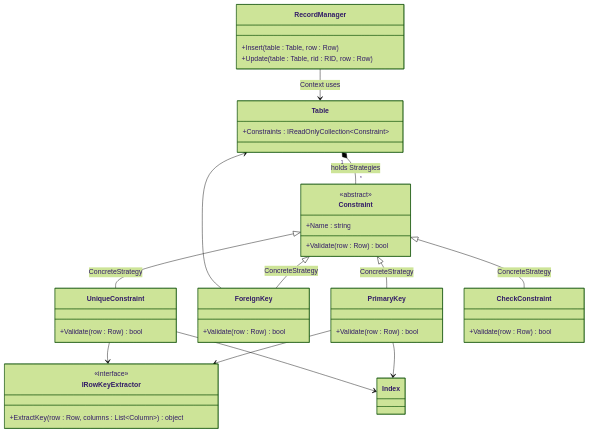
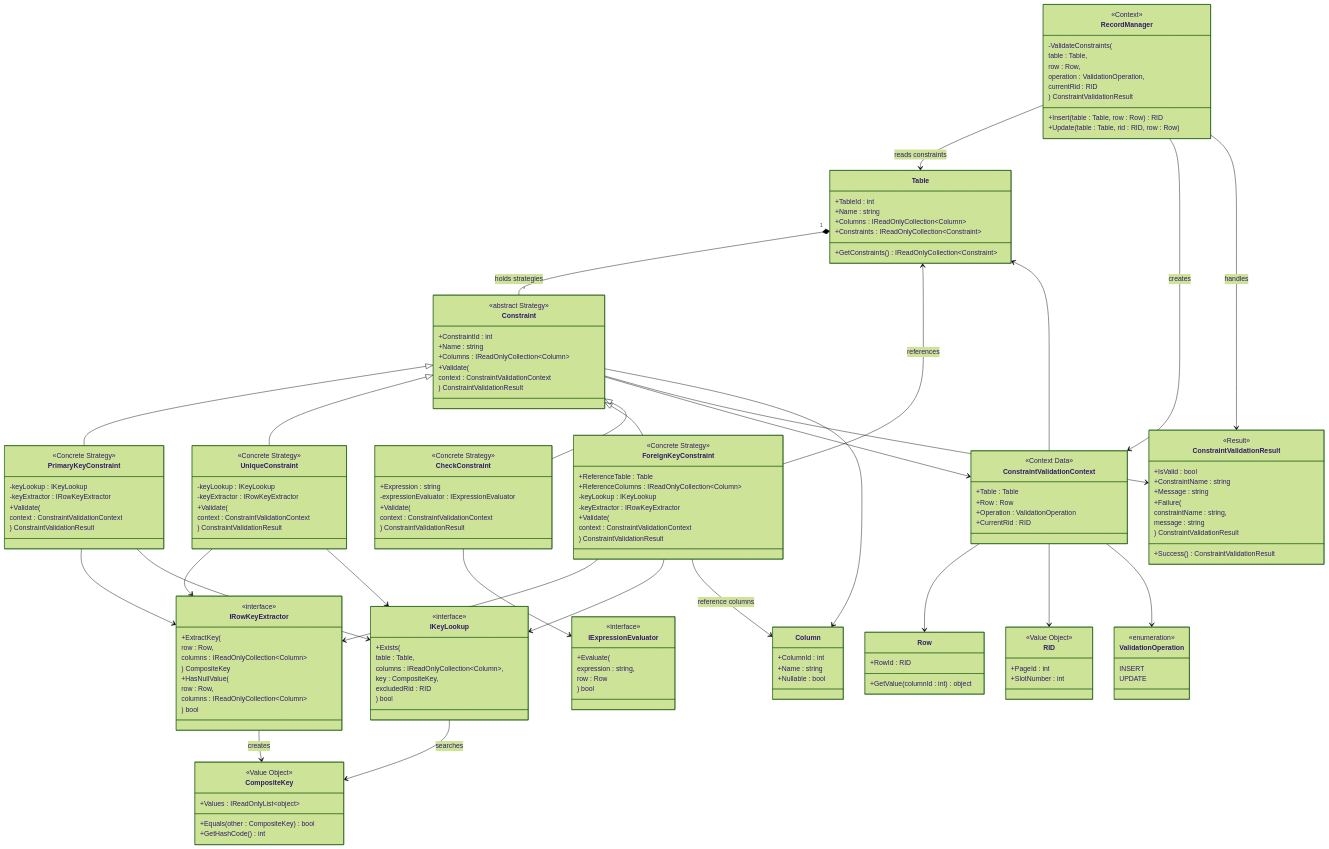
One commit to Hagiakhanh/bbv-dbms changed diagram 12 of 39 in docs/design-patterns/README.md. Above: the diagram before and after it, drawn with Mermaid (forest theme). The commit also changed other lines of this file and 1 other file, not shown here.

````diff
--- a/docs/design-patterns/README.md
+++ b/docs/design-patterns/README.md
@@ -1080,52 +2168,212 @@
 classDiagram
 direction TB
 
+%% =====================================================
+%% Context
+%% =====================================================
+
 class RecordManager {
-    +Insert(table : Table, row : Row)
+    <<Context>>
+    +Insert(table : Table, row : Row) RID
     +Update(table : Table, rid : RID, row : Row)
+    -ValidateConstraints(
+        table : Table,
+        row : Row,
+        operation : ValidationOperation,
+        currentRid : RID
+    ) ConstraintValidationResult
 }
 
 class Table {
+    +TableId : int
+    +Name : string
+    +Columns : IReadOnlyCollection~Column~
     +Constraints : IReadOnlyCollection~Constraint~
+    +GetConstraints() IReadOnlyCollection~Constraint~
 }
 
+%% =====================================================
+%% Strategy
+%% =====================================================
+
 class Constraint {
-    <<abstract>>
+    <<abstract Strategy>>
+    +ConstraintId : int
     +Name : string
-    +Validate(row : Row) bool
+    +Columns : IReadOnlyCollection~Column~
+    +Validate(
+        context : ConstraintValidationContext
+    ) ConstraintValidationResult
 }
 
-class PrimaryKey {
-    +Validate(row : Row) bool
-}
-
-class ForeignKey {
-    +Validate(row : Row) bool
+class PrimaryKeyConstraint {
+    <<Concrete Strategy>>
+    -keyLookup : IKeyLookup
+    -keyExtractor : IRowKeyExtractor
+    +Validate(
+        context : ConstraintValidationContext
+    ) ConstraintValidationResult
 }
 
 class UniqueConstraint {
-    +Validate(row : Row) bool
+    <<Concrete Strategy>>
+    -keyLookup : IKeyLookup
+    -keyExtractor : IRowKeyExtractor
+    +Validate(
+        context : ConstraintValidationContext
+    ) ConstraintValidationResult
+}
+
+class ForeignKeyConstraint {
+    <<Concrete Strategy>>
+    +ReferenceTable : Table
+    +ReferenceColumns : IReadOnlyCollection~Column~
+    -keyLookup : IKeyLookup
+    -keyExtractor : IRowKeyExtractor
+    +Validate(
+        context : ConstraintValidationContext
+    ) ConstraintValidationResult
 }
 
 class CheckConstraint {
-    +Validate(row : Row) bool
+    <<Concrete Strategy>>
+    +Expression : string
+    -expressionEvaluator : IExpressionEvaluator
+    +Validate(
+        context : ConstraintValidationContext
+    ) ConstraintValidationResult
 }
+
+%% =====================================================
+%% Validation Context and Result
+%% =====================================================
+
+class ConstraintValidationContext {
+    <<Context Data>>
+    +Table : Table
+    +Row : Row
+    +Operation : ValidationOperation
+    +CurrentRid : RID
+}
+
+class ConstraintValidationResult {
+    <<Result>>
+    +IsValid : bool
+    +ConstraintName : string
+    +Message : string
+    +Success() ConstraintValidationResult
+    +Failure(
+        constraintName : string,
+        message : string
+    ) ConstraintValidationResult
+}
+
+class ValidationOperation {
+    <<enumeration>>
+    INSERT
+    UPDATE
+}
+
+%% =====================================================
+%% Collaborators
+%% =====================================================
+
 class IRowKeyExtractor {
     <<interface>>
-    +ExtractKey(row : Row, columns : List~Column~) object
+    +ExtractKey(
+        row : Row,
+        columns : IReadOnlyCollection~Column~
+    ) CompositeKey
+
+    +HasNullValue(
+        row : Row,
+        columns : IReadOnlyCollection~Column~
+    ) bool
 }
 
-class Index
+class IKeyLookup {
+    <<interface>>
+    +Exists(
+        table : Table,
+        columns : IReadOnlyCollection~Column~,
+        key : CompositeKey,
+        excludedRid : RID
+    ) bool
+}
 
-RecordManager --> Table : Context uses
-Table "1" *-- "*" Constraint : holds Strategies
-Constraint <|-- PrimaryKey : ConcreteStrategy
-Constraint <|-- ForeignKey : ConcreteStrategy
-Constraint <|-- UniqueConstraint : ConcreteStrategy
-Constraint <|-- CheckConstraint : ConcreteStrategy
-PrimaryKey --> IRowKeyExtractor
+class IExpressionEvaluator {
+    <<interface>>
+    +Evaluate(
+        expression : string,
+        row : Row
+    ) bool
+}
+
+class CompositeKey {
+    <<Value Object>>
+    +Values : IReadOnlyList~object~
+    +Equals(other : CompositeKey) bool
+    +GetHashCode() int
+}
+
+%% =====================================================
+%% Supporting Domain Types
+%% =====================================================
+
+class Row {
+    +RowId : RID
+    +GetValue(columnId : int) object
+}
+
+class Column {
+    +ColumnId : int
+    +Name : string
+    +Nullable : bool
+}
+
+class RID {
+    <<Value Object>>
+    +PageId : int
+    +SlotNumber : int
+}
+
+%% =====================================================
+%% Relationships
+%% =====================================================
+
+RecordManager --> Table : reads constraints
+RecordManager --> ConstraintValidationContext : creates
+RecordManager --> ConstraintValidationResult : handles
+
+Table "1" *-- "*" Constraint : holds strategies
+
+Constraint <|-- PrimaryKeyConstraint
+Constraint <|-- UniqueConstraint
+Constraint <|-- ForeignKeyConstraint
+Constraint <|-- CheckConstraint
+
+Constraint --> ConstraintValidationContext
+Constraint --> ConstraintValidationResult
+Constraint --> Column
+
+ConstraintValidationContext --> Table
+ConstraintValidationContext --> Row
+ConstraintValidationContext --> RID
+ConstraintValidationContext --> ValidationOperation
+
+PrimaryKeyConstraint --> IRowKeyExtractor
+PrimaryKeyConstraint --> IKeyLookup
+
 UniqueConstraint --> IRowKeyExtractor
-PrimaryKey --> Index
-UniqueConstraint --> Index
-ForeignKey --> Table
+UniqueConstraint --> IKeyLookup
+
+ForeignKeyConstraint --> IRowKeyExtractor
+ForeignKeyConstraint --> IKeyLookup
+ForeignKeyConstraint --> Table : references
+ForeignKeyConstraint --> Column : reference columns
+
+CheckConstraint --> IExpressionEvaluator
+
+IRowKeyExtractor --> CompositeKey : creates
+IKeyLookup --> CompositeKey : searches
 ```
````
